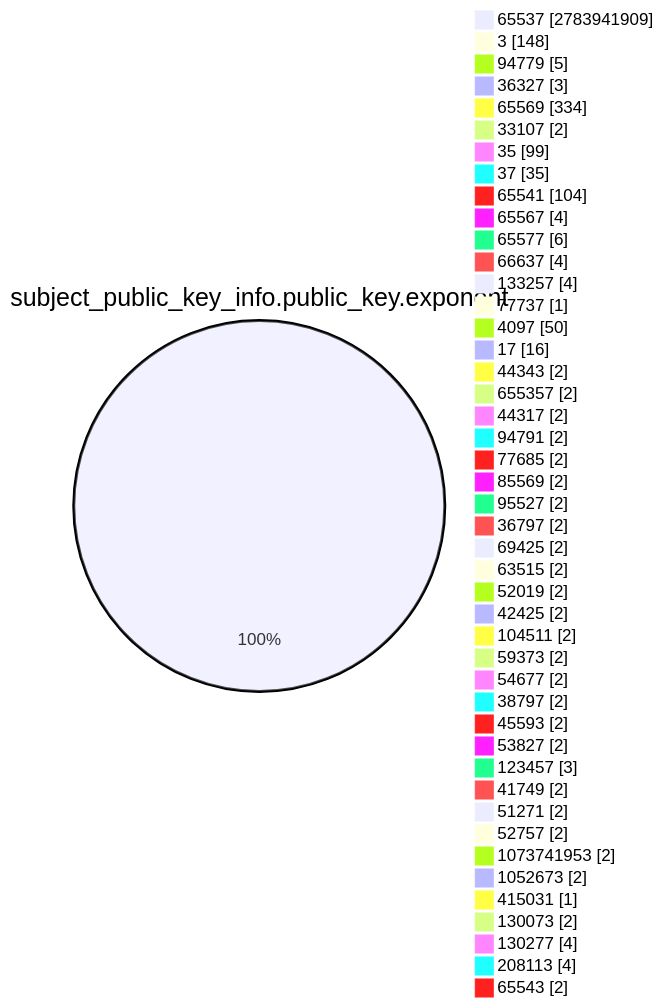
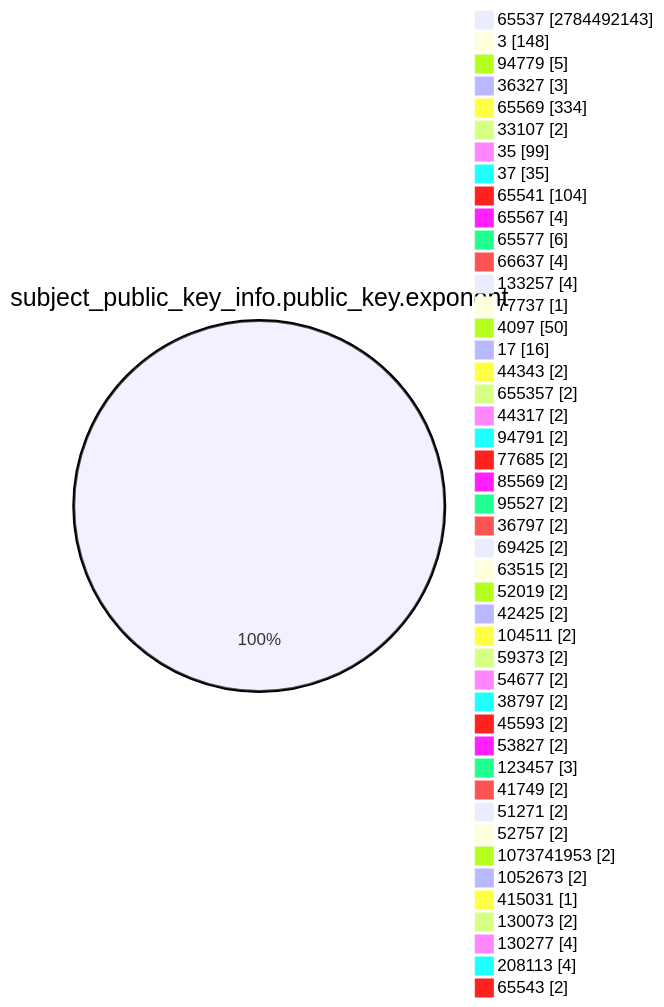
One commit to christiankrug/ctmonitor_visualization changed the fourth of 15 diagrams in TOTAL/README.md. Above: the diagram before and after it, drawn with Mermaid. The commit also changed other lines of this file, not shown here.

````diff
--- a/TOTAL/README.md
+++ b/TOTAL/README.md
@@ -1467,49 +1467,49 @@
 ```mermaid
 pie showData
 title subject_public_key_info.public_key.exponent
-"65537" :2783941909
+"65537" :2784492143
 "3" :148
 "94779" :5
 "36327" :3
 "65569" :334
 "33107" :2
 "35" :99
 "37" :35
 "65541" :104
 "65567" :4
 "65577" :6
 "66637" :4
 "133257" :4
 "77737" :1
 "4097" :50
 "17" :16
 "44343" :2
 "655357" :2
 "44317" :2
 "94791" :2
 "77685" :2
 "85569" :2
 "95527" :2
 "36797" :2
 "69425" :2
 "63515" :2
 "52019" :2
 "42425" :2
 "104511" :2
 "59373" :2
 "54677" :2
 "38797" :2
 "45593" :2
 "53827" :2
 "123457" :3
 "41749" :2
 "51271" :2
 "52757" :2
 "1073741953" :2
 "1052673" :2
 "415031" :1
 "130073" :2
 "130277" :4
 "208113" :4
 "65543" :2
 ```
````
